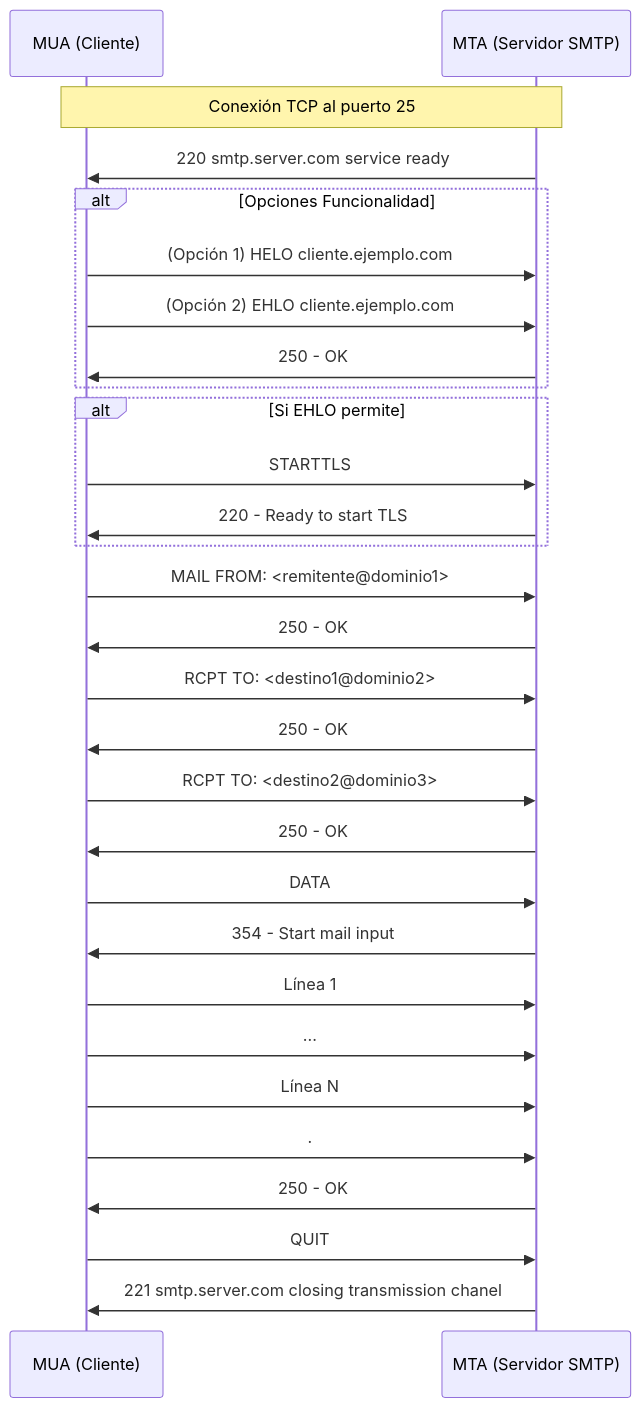
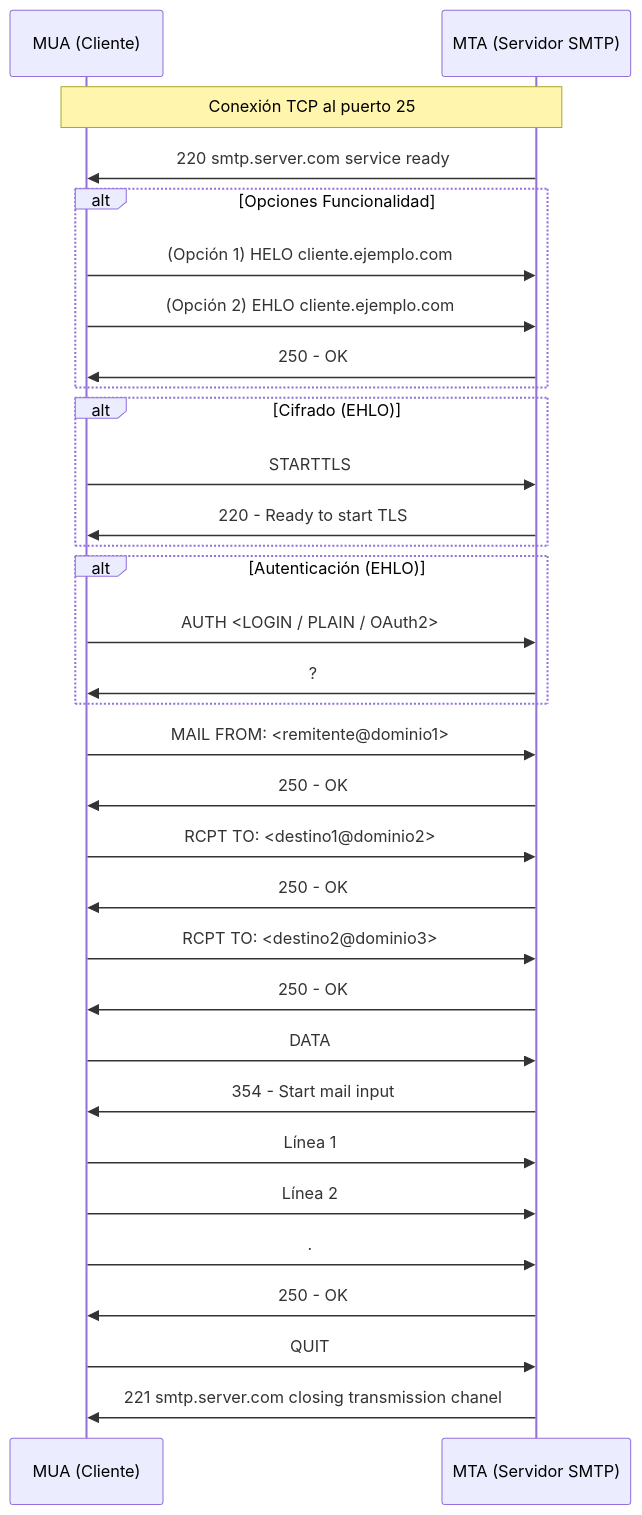
The diagram in 4S1/4S1_Servicios/data/Untitled.md (uo294319/Notes), drawn with Mermaid before and after one commit. The commit also changed other lines of this file, not shown here.

Commit message:
Desktop-AAM 2025-11-12:11:36:16

````diff
--- a/4S1/4S1_Servicios/data/Untitled.md
+++ b/4S1/4S1_Servicios/data/Untitled.md
@@ -71,39 +71,43 @@
 ```mermaid
 sequenceDiagram
     participant MUA as MUA (Cliente)
     participant MTA as MTA (Servidor SMTP)
 
     note over MUA,MTA: Conexión TCP al puerto 25
     MTA->>MUA: 220 smtp.server.com service ready
     
     alt Opciones Funcionalidad
 	    MUA->>MTA: (Opción 1) HELO cliente.ejemplo.com
 	    MUA->>MTA: (Opción 2) EHLO cliente.ejemplo.com
 	    MTA->>MUA: 250 - OK
 	end
 	
-	alt Si EHLO permite
+	alt Cifrado (EHLO)
 		MUA->>MTA: STARTTLS
 		MTA->>MUA: 220 - Ready to start TLS
+	end
+	
+	alt Autenticación (EHLO)
+		MUA->>MTA: AUTH <LOGIN / PLAIN / OAuth2>
+		MTA->>MUA: ?
 	end
 	
     MUA->>MTA: MAIL FROM: <remitente@dominio1>
     MTA->>MUA: 250 - OK
     
     MUA->>MTA: RCPT TO: <destino1@dominio2>
     MTA->>MUA: 250 - OK
 
 	MUA->>MTA: RCPT TO: <destino2@dominio3>
     MTA->>MUA: 250 - OK
     
     MUA->>MTA: DATA
     MTA->>MUA: 354 - Start mail input
     MUA->>MTA: Línea 1
-    MUA->>MTA: ...
-    MUA->>MTA: Línea N
+    MUA->>MTA: Línea 2
     MUA->>MTA: .
     MTA->>MUA: 250 - OK
     
     MUA->>MTA: QUIT
     MTA->>MUA: 221 smtp.server.com closing transmission chanel
 ```
````
